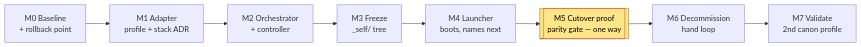
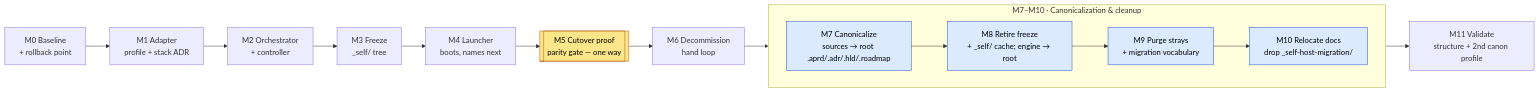
Before and after one commit to iiezhachenko/agentic-delivery-system: the second of 3 diagrams in _self-host-migration/migration-spec.md, drawn with Mermaid. The commit also changed other lines of this file, not shown here.

First line of the commit message:
Enhance migration specification with canonicalization and cleanup phases

````diff
--- a/_self-host-migration/migration-spec.md
+++ b/_self-host-migration/migration-spec.md
@@ -118,13 +120,22 @@
 ```mermaid
 flowchart LR
     M0[M0 Baseline<br/>+ rollback point] --> M1[M1 Adapter<br/>profile + stack ADR]
     M1 --> M2[M2 Orchestrator<br/>+ controller]
     M2 --> M3[M3 Freeze<br/>_self/ tree]
     M3 --> M4[M4 Launcher<br/>boots, names next]
     M4 --> M5[[M5 Cutover proof<br/>parity gate — one way]]
     M5 --> M6[M6 Decommission<br/>hand loop]
-    M6 --> M7[M7 Validate<br/>2nd canon profile]
+    M6 --> M7
+    subgraph CLEAN["M7–M10 · Canonicalization & cleanup"]
+      direction LR
+      M7[M7 Canonicalize<br/>sources → root .aprd/.adr/.hld/.roadmap] --> M8[M8 Retire freeze<br/>+ _self/ cache; engine → root]
+      M8 --> M9[M9 Purge strays<br/>+ migration vocabulary]
+      M9 --> M10[M10 Relocate docs<br/>drop _self-host-migration/]
+    end
+    M10 --> M11[M11 Validate<br/>structure + 2nd canon profile]
 
     classDef cut fill:#fde68a,stroke:#b45309,color:#000;
+    classDef clean fill:#dbeafe,stroke:#1d4ed8,color:#000;
     class M5 cut;
+    class M7,M8,M9,M10 clean;
 ```
````
